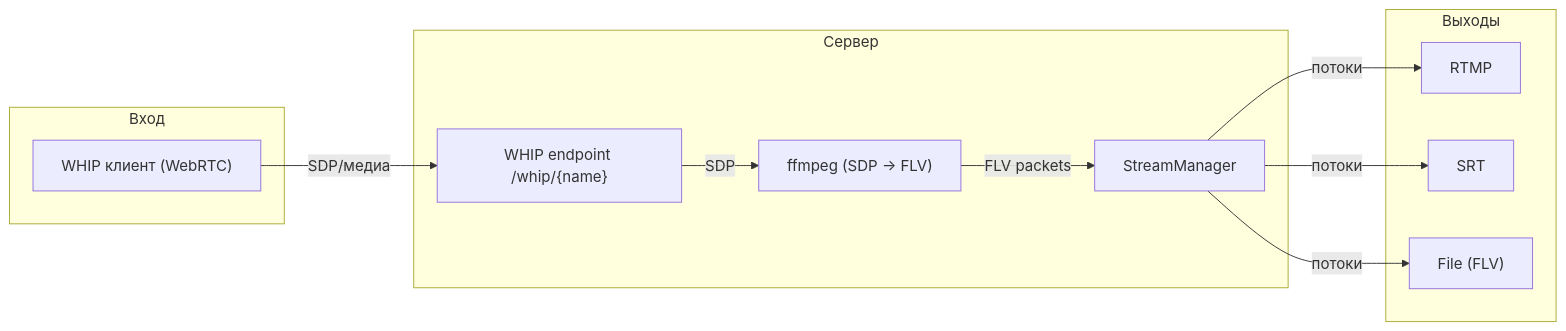
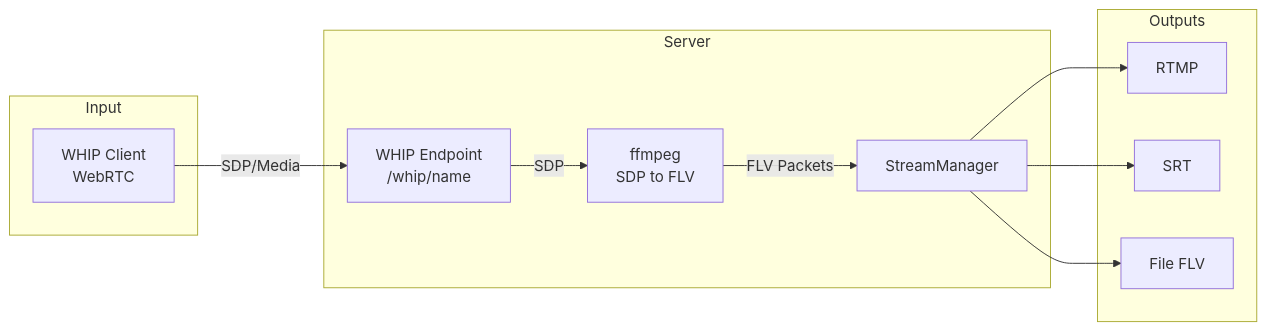
One commit to kirpicheff/rtmp-srt-server changed the diagram in README.md. Above: the diagram before and after it, drawn with Mermaid. The commit also changed other lines of this file, not shown here.

Commit message:
Replace ASCII diagram with clean English Mermaid flowchart

````diff
--- a/README.md
+++ b/README.md
@@ -296,22 +298,23 @@
 ```mermaid
 flowchart LR
-    subgraph Input ["Вход"]
-        A["WHIP клиент (WebRTC)"]
+    subgraph Input
+        A[WHIP Client<br/>WebRTC]
     end
-    subgraph Server ["Сервер"]
-        B["WHIP endpoint /whip/{name}"]
-        C["ffmpeg (SDP -> FLV)"]
-        D["StreamManager"]
+    subgraph Server
+        B[WHIP Endpoint<br/>/whip/name]
+        C[ffmpeg<br/>SDP to FLV]
+        D[StreamManager]
     end
-    subgraph Outputs ["Выходы"]
-        E["RTMP"]
-        F["SRT"]
-        G["File (FLV)"]
+    subgraph Outputs
+        E[RTMP]
+        F[SRT]
+        G[File FLV]
     end
-    A -->|"SDP/медиа"| B
-    B -->|"SDP"| C
-    C -->|"FLV packets"| D
-    D -->|"потоки"| E
-    D -->|"потоки"| F
-    D -->|"потоки"| G
+    
+    A -->|SDP/Media| B
+    B -->|SDP| C
+    C -->|FLV Packets| D
+    D --> E
+    D --> F
+    D --> G
 ```
````
